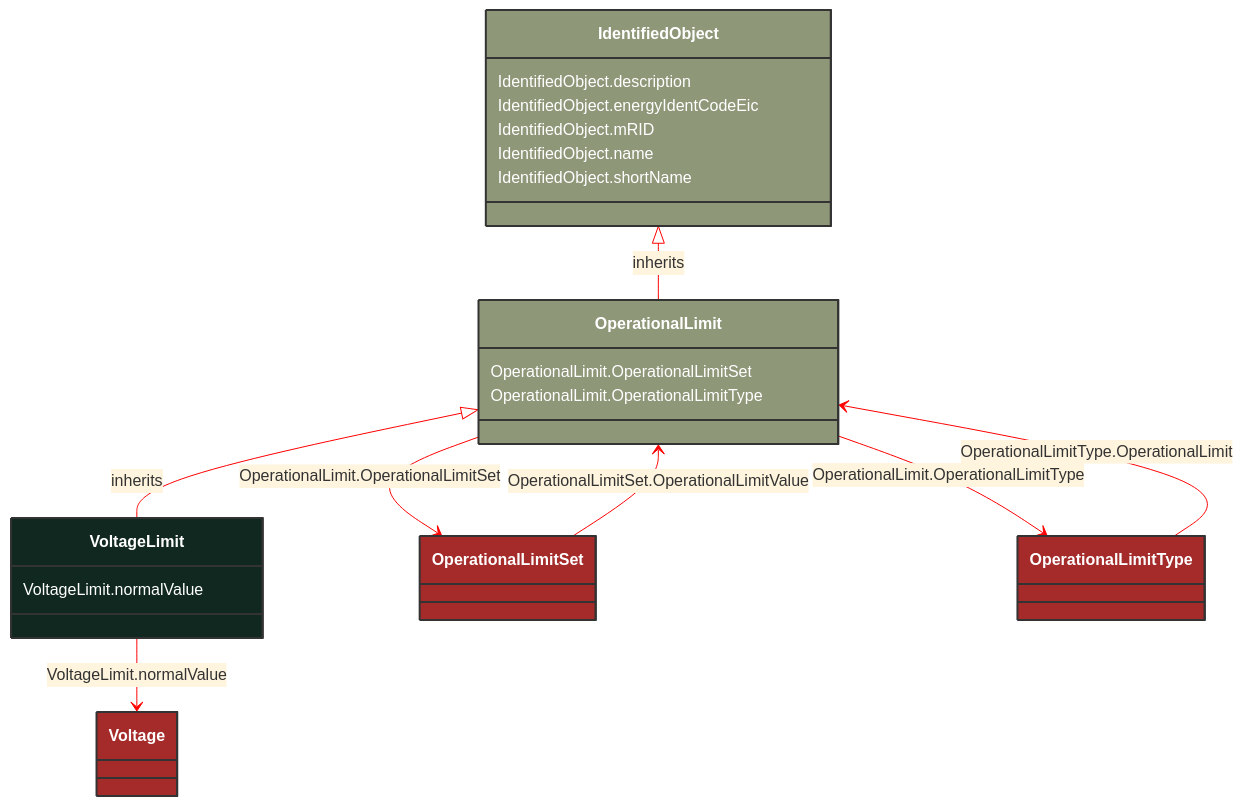
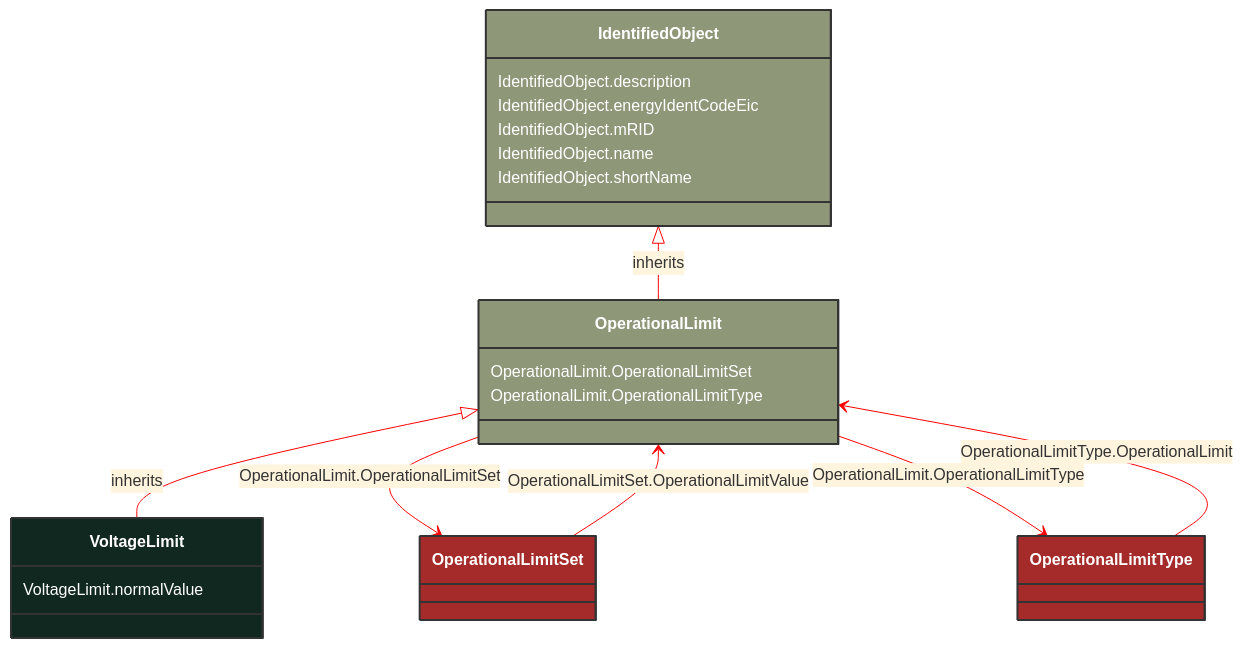
The diagram in docs/Models/Profiles/CoreEquipment/ConcreteClasses/VoltageLimit.md (3lbits/NoCIMExtensions), drawn with Mermaid before and after one commit. The commit also changed other lines of this file and 397 other files, not shown here.

First line of the commit message:
Refactor CIM schemas to introduce abstract classes and consolidate data types

````diff
--- a/docs/Models/Profiles/CoreEquipment/ConcreteClasses/VoltageLimit.md
+++ b/docs/Models/Profiles/CoreEquipment/ConcreteClasses/VoltageLimit.md
@@ -9,53 +9,48 @@
 ```mermaid
 %%{init: {'theme':'base','themeVariables': {'lineColor': '#FF0000'}}}%%
 classDiagram
     class VoltageLimit
     click VoltageLimit href "/Models/Profiles/CoreEquipment/ConcreteClasses/VoltageLimit/"
     style VoltageLimit fill:#102820,stroke:#333,stroke-width:2px,rx:10,ry:10,color:white
      
         OperationalLimit <|-- VoltageLimit : inherits
-            click OperationalLimit href "/Models/Profiles/CoreEquipment/ConcreteClasses/OperationalLimit/"
+            click OperationalLimit href "/Models/Profiles/CoreEquipment/AbstractClasses/OperationalLimit/"
             style OperationalLimit fill:#8F9779,stroke:#333,stroke-width:2px,rx:10,ry:10,color:white
      
         IdentifiedObject <|-- OperationalLimit : inherits
-            click IdentifiedObject href "/Models/Profiles/CoreEquipment/ConcreteClasses/IdentifiedObject/"
+            click IdentifiedObject href "/Models/Profiles/CoreEquipment/AbstractClasses/IdentifiedObject/"
             style IdentifiedObject fill:#8F9779,stroke:#333,stroke-width:2px,rx:10,ry:10,color:white
 
-        VoltageLimit --> Voltage : VoltageLimit.normalValue
-
-        Voltage
-            click Voltage href "/Models/Profiles/CoreEquipment/ConcreteClasses/Voltage/"
-            style Voltage fill:#A52A2A,stroke:#333,stroke-width:2px,rx:10,ry:10,color:white
         OperationalLimit --> OperationalLimitSet : OperationalLimit.OperationalLimitSet
 
         OperationalLimitSet
             click OperationalLimitSet href "/Models/Profiles/CoreEquipment/ConcreteClasses/OperationalLimitSet/"
             style OperationalLimitSet fill:#A52A2A,stroke:#333,stroke-width:2px,rx:10,ry:10,color:white
         OperationalLimit --> OperationalLimitType : OperationalLimit.OperationalLimitType
 
         OperationalLimitType
             click OperationalLimitType href "/Models/Profiles/CoreEquipment/ConcreteClasses/OperationalLimitType/"
             style OperationalLimitType fill:#A52A2A,stroke:#333,stroke-width:2px,rx:10,ry:10,color:white
 
         OperationalLimitSet --> OperationalLimit : OperationalLimitSet.OperationalLimitValue
 
         OperationalLimitSet
             click OperationalLimitSet href "/Models/Profiles/CoreEquipment/ConcreteClasses/OperationalLimitSet/"
             style OperationalLimitSet fill:#A52A2A,stroke:#333,stroke-width:2px,rx:10,ry:10,color:white
 
         OperationalLimitType --> OperationalLimit : OperationalLimitType.OperationalLimit
 
         OperationalLimitType
             click OperationalLimitType href "/Models/Profiles/CoreEquipment/ConcreteClasses/OperationalLimitType/"
             style OperationalLimitType fill:#A52A2A,stroke:#333,stroke-width:2px,rx:10,ry:10,color:white
 
 
         VoltageLimit : VoltageLimit.normalValue
         OperationalLimit : OperationalLimit.OperationalLimitSet
         OperationalLimit : OperationalLimit.OperationalLimitType
         IdentifiedObject : IdentifiedObject.description
         IdentifiedObject : IdentifiedObject.energyIdentCodeEic
         IdentifiedObject : IdentifiedObject.mRID
         IdentifiedObject : IdentifiedObject.name
         IdentifiedObject : IdentifiedObject.shortName
 ```
````
